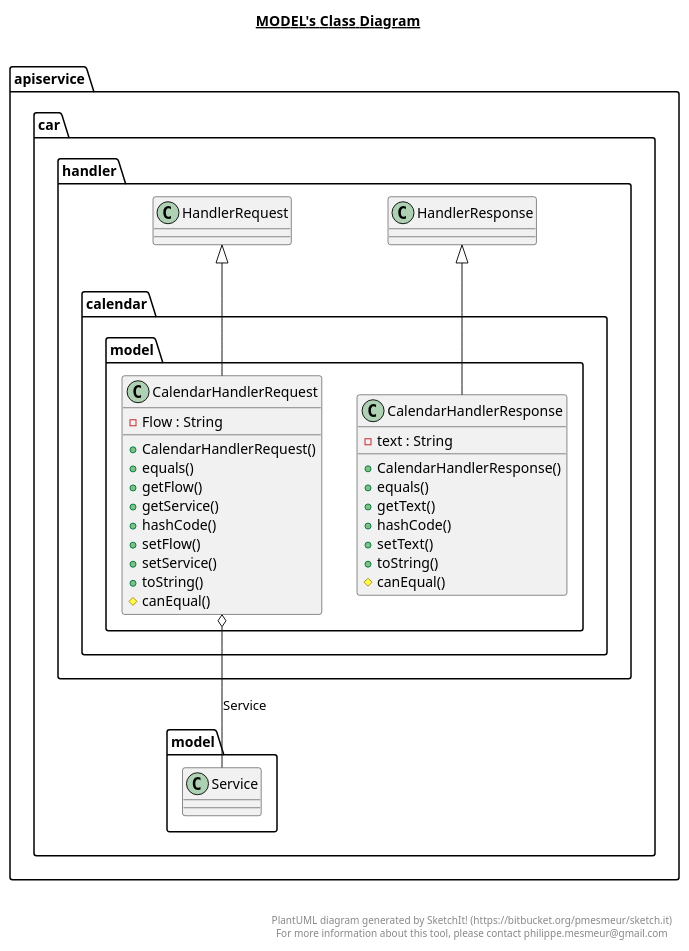
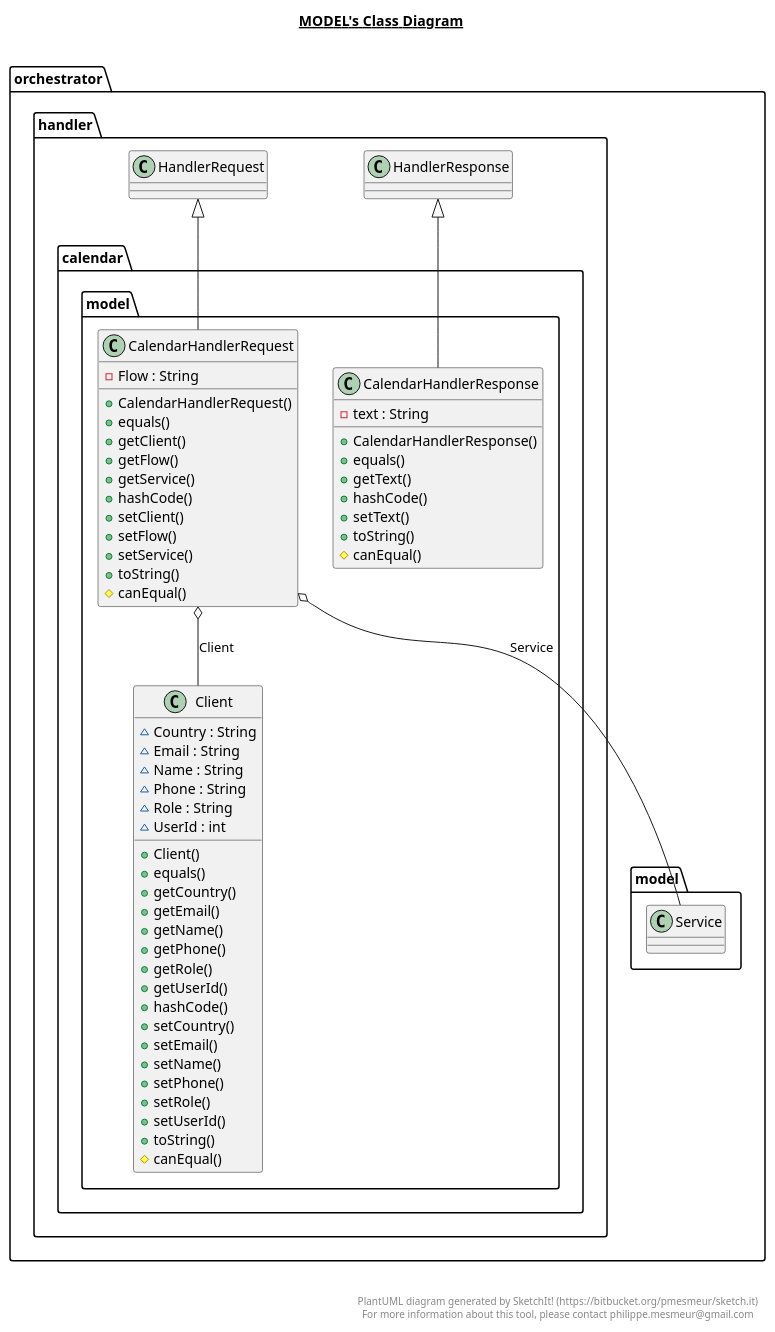
The diagram in orchestrator/src/main/java/orchestrator/handler/calendar/model/model.plantuml (marcllort/Car_Rental_Monorepo), drawn with PlantUML before and after one commit. The commit also changed 21 other files, not shown here.

Commit message:
Added diagrams

```diff
--- a/orchestrator/src/main/java/orchestrator/handler/calendar/model/model.plantuml
+++ b/orchestrator/src/main/java/orchestrator/handler/calendar/model/model.plantuml
@@ -1,59 +1,97 @@
 @startuml
 
 title __MODEL's Class Diagram__\n
 
-  namespace apiservice.car {
+  namespace orchestrator {
     namespace handler {
       namespace calendar {
         namespace model {
-          class apiservice.car.handler.calendar.model.CalendarHandlerRequest {
+          class orchestrator.handler.calendar.model.CalendarHandlerRequest {
               - Flow : String
               + CalendarHandlerRequest()
               + equals()
+              + getClient()
               + getFlow()
               + getService()
               + hashCode()
+              + setClient()
               + setFlow()
               + setService()
               + toString()
               # canEqual()
           }
         }
       }
     }
   }
   
 
-  namespace apiservice.car {
+  namespace orchestrator {
     namespace handler {
       namespace calendar {
         namespace model {
-          class apiservice.car.handler.calendar.model.CalendarHandlerResponse {
+          class orchestrator.handler.calendar.model.CalendarHandlerResponse {
               - text : String
               + CalendarHandlerResponse()
               + equals()
               + getText()
               + hashCode()
               + setText()
               + toString()
               # canEqual()
           }
         }
       }
     }
   }
   
 
-  apiservice.car.handler.calendar.model.CalendarHandlerRequest -up-|> apiservice.car.handler.HandlerRequest
-  apiservice.car.handler.calendar.model.CalendarHandlerRequest o-- apiservice.car.model.Service : Service
-  apiservice.car.handler.calendar.model.CalendarHandlerResponse -up-|> apiservice.car.handler.HandlerResponse
+  namespace orchestrator {
+    namespace handler {
+      namespace calendar {
+        namespace model {
+          class orchestrator.handler.calendar.model.Client {
+              ~ Country : String
+              ~ Email : String
+              ~ Name : String
+              ~ Phone : String
+              ~ Role : String
+              ~ UserId : int
+              + Client()
+              + equals()
+              + getCountry()
+              + getEmail()
+              + getName()
+              + getPhone()
+              + getRole()
+              + getUserId()
+              + hashCode()
+              + setCountry()
+              + setEmail()
+              + setName()
+              + setPhone()
+              + setRole()
+              + setUserId()
+              + toString()
+              # canEqual()
+          }
+        }
+      }
+    }
+  }
+  
+
+  orchestrator.handler.calendar.model.CalendarHandlerRequest -up-|> orchestrator.handler.HandlerRequest
+  orchestrator.handler.calendar.model.CalendarHandlerRequest o-- orchestrator.handler.calendar.model.Client : Client
+  orchestrator.handler.calendar.model.CalendarHandlerRequest o-- orchestrator.model.Service : Service
+  orchestrator.handler.calendar.model.CalendarHandlerResponse -up-|> orchestrator.handler.HandlerResponse
 
 
 right footer
 
 
 PlantUML diagram generated by SketchIt! (https://bitbucket.org/pmesmeur/sketch.it)
 For more information about this tool, please contact philippe.mesmeur@gmail.com
 endfooter
 
 @enduml
```
